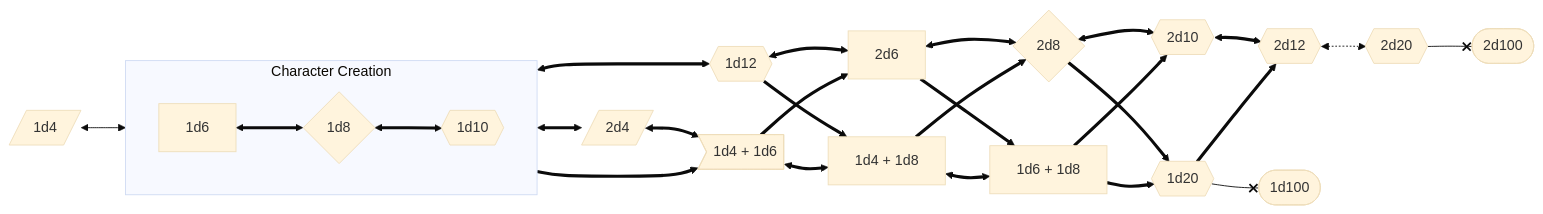
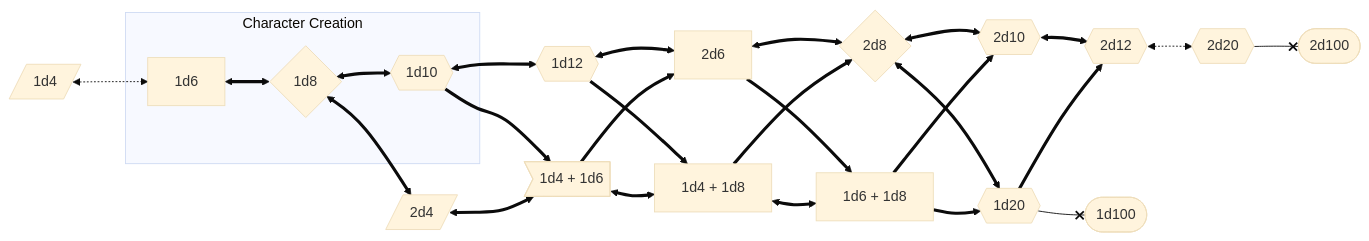
One commit to FyreByrd/Fallen-Paradise-TTRPG changed the diagram in src/routes/rules/stats.md. Above: the diagram before and after it, drawn with Mermaid (base theme). The commit also changed other lines of this file, not shown here.

````diff
--- a/src/routes/rules/stats.md
+++ b/src/routes/rules/stats.md
@@ -50,16 +46,15 @@
 ```mermaid
 flowchart LR
 plus10>1d4 + 1d6]
 plus12[1d4 + 1d8]
 plus14[1d6 + 1d8]
-1d4[/1d4/] <--> 1d6
+1d4[/1d4/] <-.-> 1d6
 subgraph "Character Creation"
-	direction LR
 	1d6 <==> 1d8{1d8} <==> 1d10{{1d10}} 
 end
 1d10 <==> 1d12{{1d12}} <==> 2d6 <==> 2d8{2d8} <==> 2d10{{2d10}} <==> 2d12 <-.-> 2d20{{2d20}} --x 2d100([2d100])
 plus10 ==> 2d6 ==> plus14 ==> 2d10
-1d12{{1d12}} ==> plus12 ==> 2d8{2d8} ==> 1d20{{1d20}} --x 1d100([1d100])
+1d12{{1d12}} ==> plus12 ==> 2d8{2d8} <==> 1d20{{1d20}} --x 1d100([1d100])
 1d10 ==> plus10
 1d8 <==> 2d4[/2d4/] <==> plus10 <==> plus12 <==> plus14 ==> 1d20 ==> 2d12{{2d12}}
 ```
````
